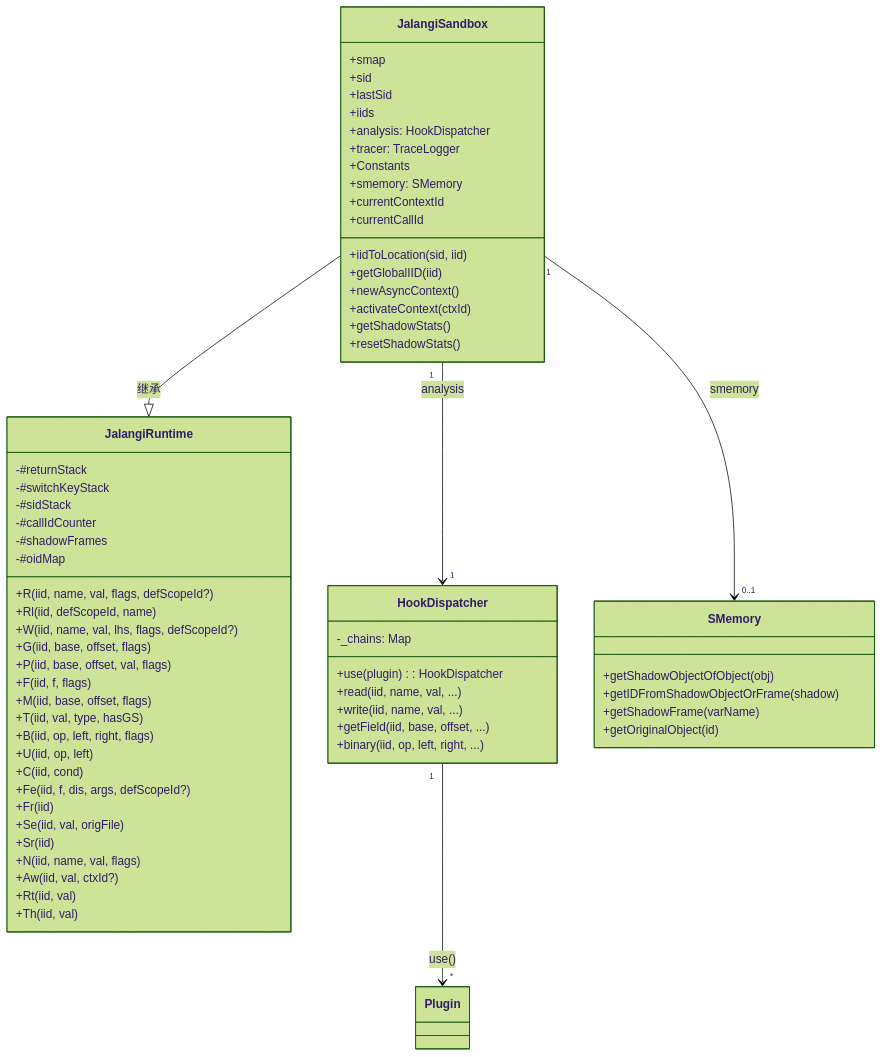
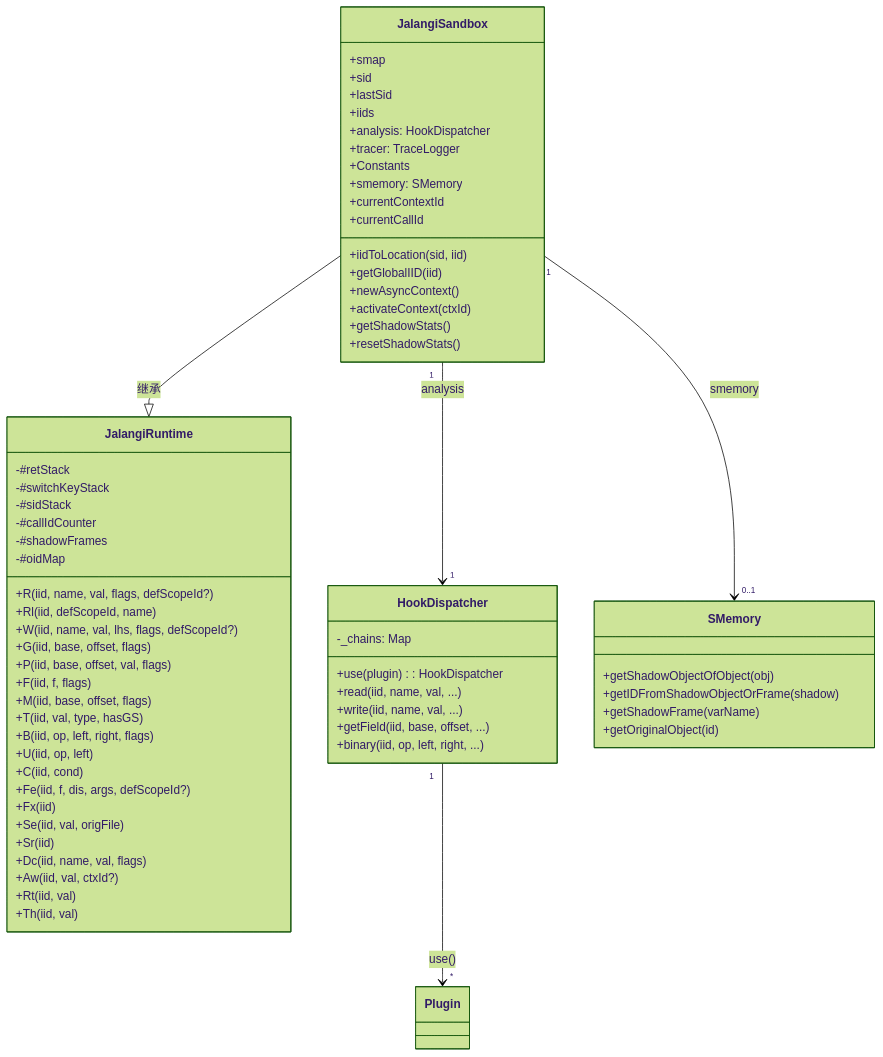
One commit to fuckreverse/Jani changed the first of 6 diagrams in docs/Runtime-System.md. Above: the diagram before and after it, drawn with Mermaid (forest theme). The commit also changed other lines of this file and 28 other files, not shown here.

````diff
--- a/docs/Runtime-System.md
+++ b/docs/Runtime-System.md
@@ -22,70 +22,70 @@
 ```mermaid
 classDiagram
     class JalangiRuntime {
         +R(iid, name, val, flags, defScopeId?)
         +Rl(iid, defScopeId, name)
         +W(iid, name, val, lhs, flags, defScopeId?)
         +G(iid, base, offset, flags)
         +P(iid, base, offset, val, flags)
         +F(iid, f, flags)
         +M(iid, base, offset, flags)
         +T(iid, val, type, hasGS)
         +B(iid, op, left, right, flags)
         +U(iid, op, left)
         +C(iid, cond)
         +Fe(iid, f, dis, args, defScopeId?)
-        +Fr(iid)
+        +Fx(iid)
         +Se(iid, val, origFile)
         +Sr(iid)
-        +N(iid, name, val, flags)
+        +Dc(iid, name, val, flags)
         +Aw(iid, val, ctxId?)
         +Rt(iid, val)
         +Th(iid, val)
-        -#returnStack
+        -#retStack
         -#switchKeyStack
         -#sidStack
         -#callIdCounter
         -#shadowFrames
         -#oidMap
     }
 
     class JalangiSandbox {
         +smap
         +sid
         +lastSid
         +iids
         +analysis: HookDispatcher
         +tracer: TraceLogger
         +Constants
         +smemory: SMemory
         +iidToLocation(sid, iid)
         +getGlobalIID(iid)
         +newAsyncContext()
         +activateContext(ctxId)
         +currentContextId
         +currentCallId
         +getShadowStats()
         +resetShadowStats()
     }
 
     class HookDispatcher {
         +use(plugin): HookDispatcher
         +read(iid, name, val, ...)
         +write(iid, name, val, ...)
         +getField(iid, base, offset, ...)
         +binary(iid, op, left, right, ...)
         -_chains: Map
     }
 
     class SMemory {
         +getShadowObjectOfObject(obj)
         +getIDFromShadowObjectOrFrame(shadow)
         +getShadowFrame(varName)
         +getOriginalObject(id)
     }
 
     JalangiSandbox --|> JalangiRuntime : 继承
     JalangiSandbox "1" --> "1" HookDispatcher : analysis
     JalangiSandbox "1" --> "0..1" SMemory : smemory
     HookDispatcher "1" --> "*" Plugin : use()
 ```
````
